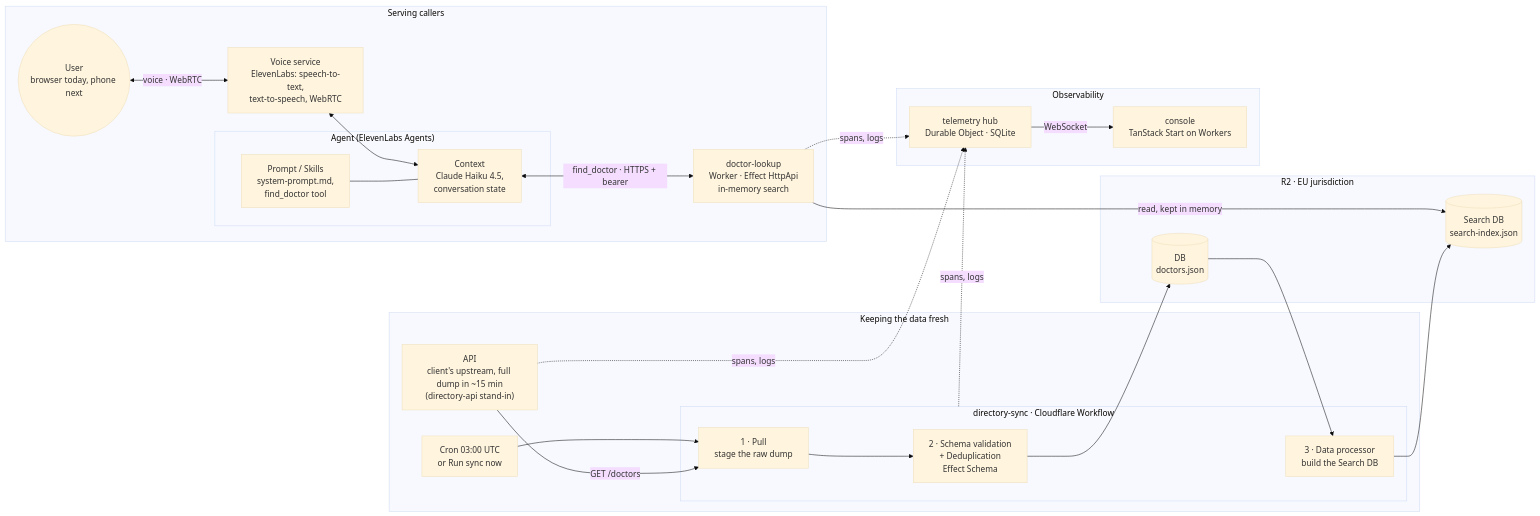
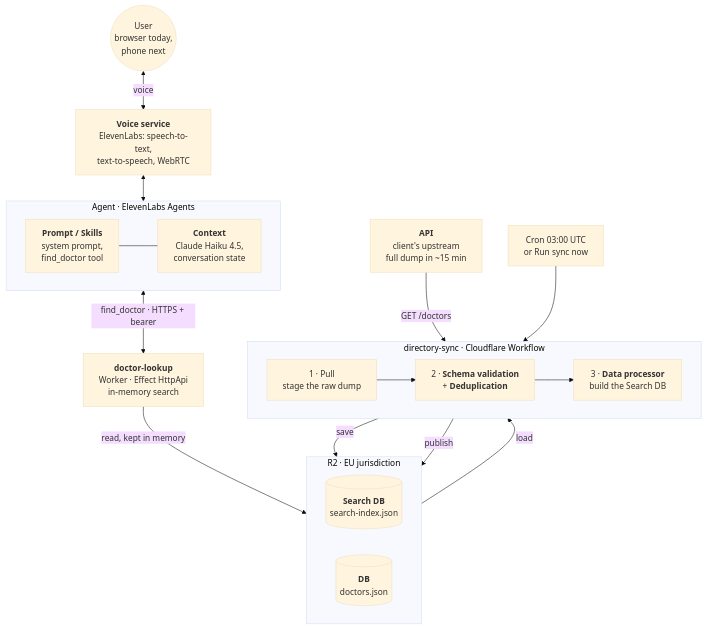
Before and after one commit to jrydel/wful-demo: the first of 2 diagrams in README.md, drawn with Mermaid (base theme). The commit also changed other lines of this file, not shown here.

Commit message:
docs(readme): split the architecture diagram for readability

````diff
--- a/README.md
+++ b/README.md
@@ -20,46 +20,36 @@
 ```mermaid
-flowchart LR
-  subgraph serve["Serving callers"]
-    user(("User<br/>browser today, phone next"))
-    voice["Voice service<br/>ElevenLabs: speech-to-text,<br/>text-to-speech, WebRTC"]
-    subgraph agent["Agent (ElevenLabs Agents)"]
-      prompt["Prompt / Skills<br/>system-prompt.md,<br/>find_doctor tool"]
-      context["Context<br/>Claude Haiku 4.5,<br/>conversation state"]
-    end
-    lookup["doctor-lookup<br/>Worker · Effect HttpApi<br/>in-memory search"]
+flowchart TB
+  user(("User<br/>browser today,<br/>phone next"))
+  voice["<b>Voice service</b><br/>ElevenLabs: speech-to-text,<br/>text-to-speech, WebRTC"]
+  subgraph agent["Agent · ElevenLabs Agents"]
+    direction LR
+    prompt["<b>Prompt / Skills</b><br/>system prompt,<br/>find_doctor tool"]
+    context["<b>Context</b><br/>Claude Haiku 4.5,<br/>conversation state"]
+    prompt --- context
   end
+  lookup["<b>doctor-lookup</b><br/>Worker · Effect HttpApi<br/>in-memory search"]
+  subgraph r2["R2 · EU jurisdiction"]
+    direction LR
+    search[("<b>Search DB</b><br/>search-index.json")]
+    db[("<b>DB</b><br/>doctors.json")]
+  end
+  subgraph workflow["directory-sync · Cloudflare Workflow"]
+    direction LR
+    pull["1 · Pull<br/>stage the raw dump"]
+    validate["2 · <b>Schema validation</b><br/>+ <b>Deduplication</b>"]
+    processor["3 · <b>Data processor</b><br/>build the Search DB"]
+    pull --> validate --> processor
+  end
+  upstream["<b>API</b><br/>client's upstream<br/>full dump in ~15 min"]
+  trigger["Cron 03:00 UTC<br/>or Run sync now"]
 
-  subgraph fresh["Keeping the data fresh"]
-    upstream["API<br/>client's upstream, full dump in ~15 min<br/>(directory-api stand-in)"]
-    trigger["Cron 03:00 UTC<br/>or Run sync now"]
-    subgraph workflow["directory-sync · Cloudflare Workflow"]
-      pull["1 · Pull<br/>stage the raw dump"]
-      validate["2 · Schema validation<br/>+ Deduplication<br/>Effect Schema"]
-      processor["3 · Data processor<br/>build the Search DB"]
-    end
-  end
-
-  subgraph r2["R2 · EU jurisdiction"]
-    db[("DB<br/>doctors.json")]
-    search[("Search DB<br/>search-index.json")]
-  end
-
-  subgraph observe["Observability"]
-    hub["telemetry hub<br/>Durable Object · SQLite"]
-    console["console<br/>TanStack Start on Workers"]
-  end
-
-  user <-->|"voice · WebRTC"| voice
-  voice <--> context
-  prompt --- context
-  context <-->|"find_doctor · HTTPS + bearer"| lookup
+  user <-->|voice| voice
+  voice <--> agent
+  agent <-->|"find_doctor · HTTPS + bearer"| lookup
   lookup -->|"read, kept in memory"| search
+  validate -->|save| db
+  db -->|load| processor
+  processor -->|publish| search
+  upstream -->|"GET /doctors"| pull
   trigger --> pull
-  upstream -->|"GET /doctors"| pull
-  pull --> validate --> db
-  db --> processor --> search
-  lookup -.->|spans, logs| hub
-  workflow -.->|spans, logs| hub
-  upstream -.->|spans, logs| hub
-  hub -->|WebSocket| console
 ```
````
